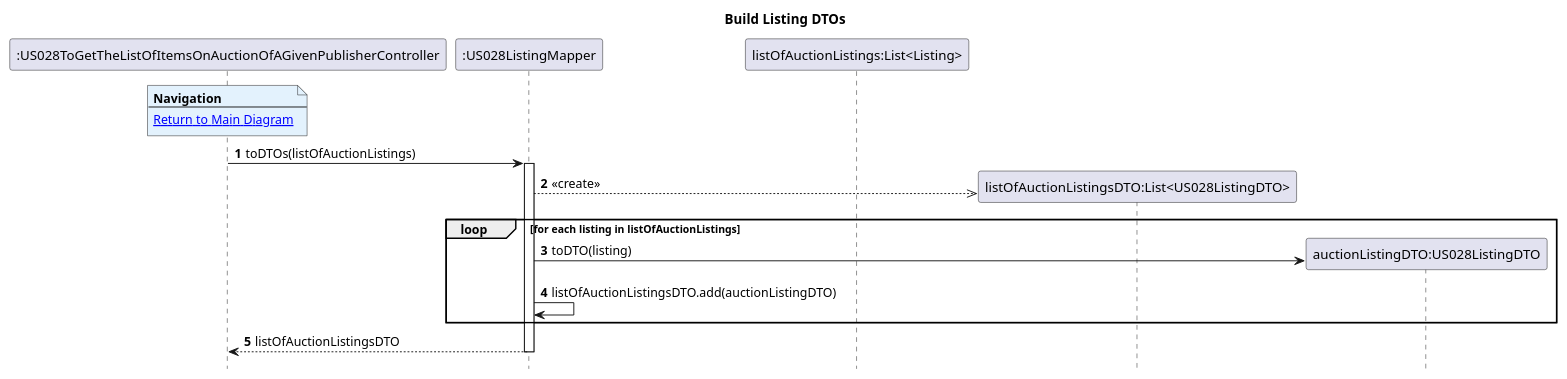
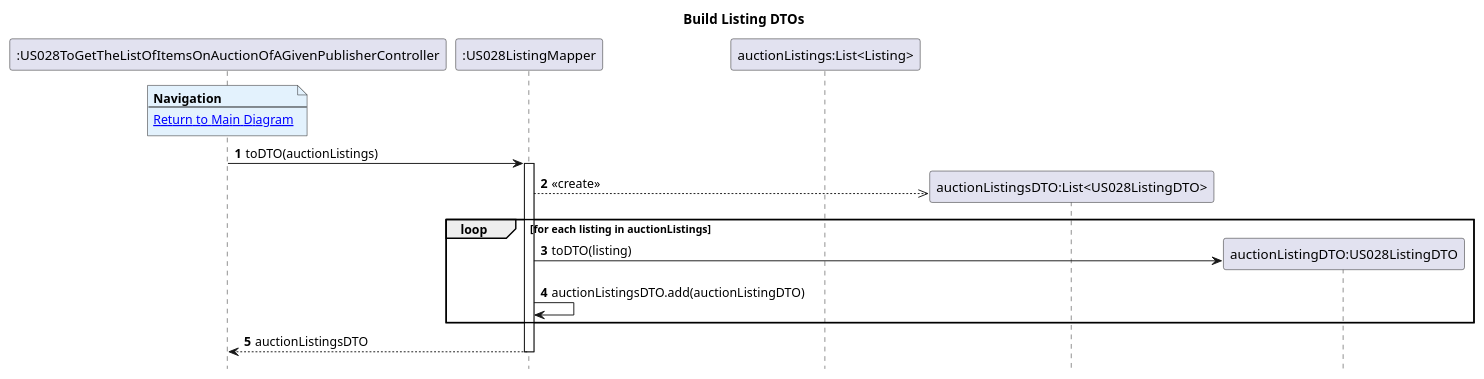
The diagram in Diagrams/SequenceDiagrams/N2/To-get-list-of-items-on-auction-of-an-given-publisher/Build-Listing-DTOs.puml (AndrePereiraGitH/SWitCH-Project-Team_A), drawn with PlantUML before and after one commit. The commit also changed 2 other files, not shown here.

```diff
--- a/Diagrams/SequenceDiagrams/N2/To-get-list-of-items-on-auction-of-an-given-publisher/Build-Listing-DTOs.puml
+++ b/Diagrams/SequenceDiagrams/N2/To-get-list-of-items-on-auction-of-an-given-publisher/Build-Listing-DTOs.puml
@@ -1,31 +1,31 @@
 @startuml
 hide footbox
 autonumber
 title Build Listing DTOs
 
 participant ":US028ToGetTheListOfItemsOnAuctionOfAGivenPublisherController" as Ctrl
 participant ":US028ListingMapper" as listingMapper
-participant "listOfAuctionListings:List<Listing>" as listOfAuctionListings
-participant "listOfAuctionListingsDTO:List<US028ListingDTO>" as listOfAuctionListingsDTO
+participant "auctionListings:List<Listing>" as auctionListings
+participant "auctionListingsDTO:List<US028ListingDTO>" as auctionListingsDTO
 participant "auctionListingDTO:US028ListingDTO" as auctionListingDTO
 
 note over Ctrl #E3F2FD
 <b>Navigation</b>
 ---
 [[./main.puml Return to Main Diagram]]
 end note
 
-Ctrl -> listingMapper : toDTOs(listOfAuctionListings)
+Ctrl -> listingMapper : toDTO(auctionListings)
 activate listingMapper
 
-listingMapper -->> listOfAuctionListingsDTO ** : <<create>>
+listingMapper -->> auctionListingsDTO ** : <<create>>
 
-loop for each listing in listOfAuctionListings
+loop for each listing in auctionListings
     listingMapper -> auctionListingDTO ** : toDTO(listing)
-    listingMapper -> listingMapper : listOfAuctionListingsDTO.add(auctionListingDTO)
+    listingMapper -> listingMapper : auctionListingsDTO.add(auctionListingDTO)
 end
 
-listingMapper --> Ctrl : listOfAuctionListingsDTO
+listingMapper --> Ctrl : auctionListingsDTO
 deactivate listingMapper
 
 @enduml
```
